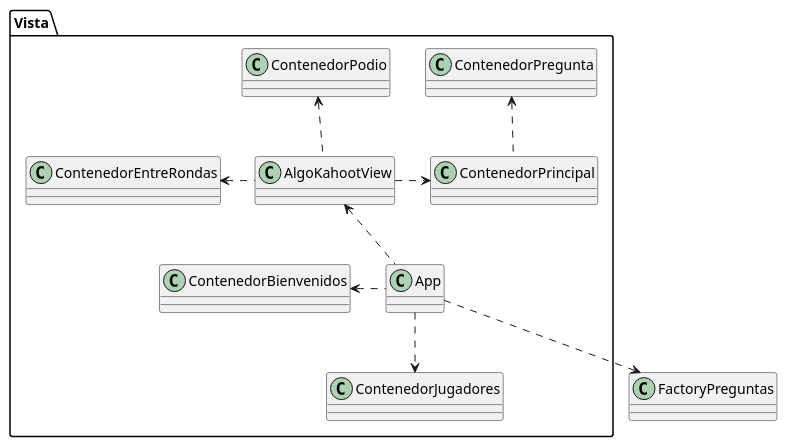
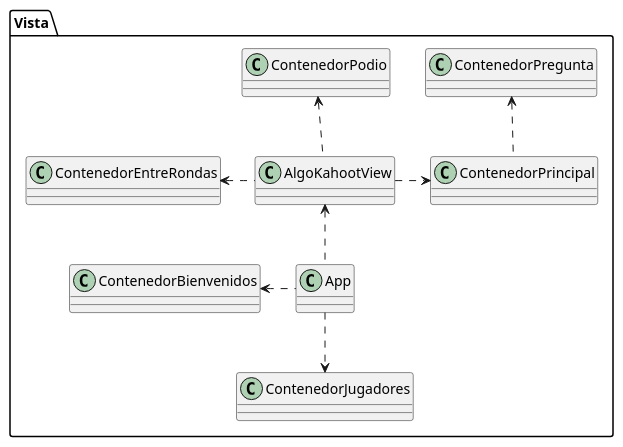
The diagram in Documentacion/Diagramas de Clases/Diagrama de Clases Vista.puml (gcc-cdimatteo/Algoritmos-y-Programacion-III-75.07), drawn with PlantUML before and after one commit. The commit also changed 2 other files, not shown here.

Commit message:
uml: actualizando

```diff
--- a/Documentacion/Diagramas de Clases/Diagrama de Clases Vista.puml
+++ b/Documentacion/Diagramas de Clases/Diagrama de Clases Vista.puml
@@ -1,38 +1,37 @@
 @startuml
 skinparam classAttributeIconSize 0
 
 package Vista {
     class AlgoKahootView
     class App
     class ContenedorBienvenidos
     class ContenedorEntreRondas
     class ContenedorJugadores
     class ContenedorPodio
     class ContenedorPregunta
     class ContenedorPrincipal
 }
 
 'Ordenamiento De Cuadrados
 
 'Herencia --|> cumple la relación 'es un'
 
 'Asociacion --> un objeto guarda a otro
 
 'Agregacion --o un objeto esta compuesto por otro pero no lo necesita para vivir
 
 'Composicion --* un objeto es dueño de otro
 
 'Dependencia ..> un objeto utiliza a otro porque lo recibe/devuelve
 App .left.> ContenedorBienvenidos
 App ..> ContenedorJugadores
-App ..> FactoryPreguntas
 App .up.> AlgoKahootView
 AlgoKahootView .up.> ContenedorPodio
 AlgoKahootView .left.> ContenedorEntreRondas
 AlgoKahootView .right.> ContenedorPrincipal
 ContenedorPrincipal .up.> ContenedorPregunta
 
 
 'Interfaces ..|> colección de declaraciones de métodos sin implemetnar
 
 @enduml
```
